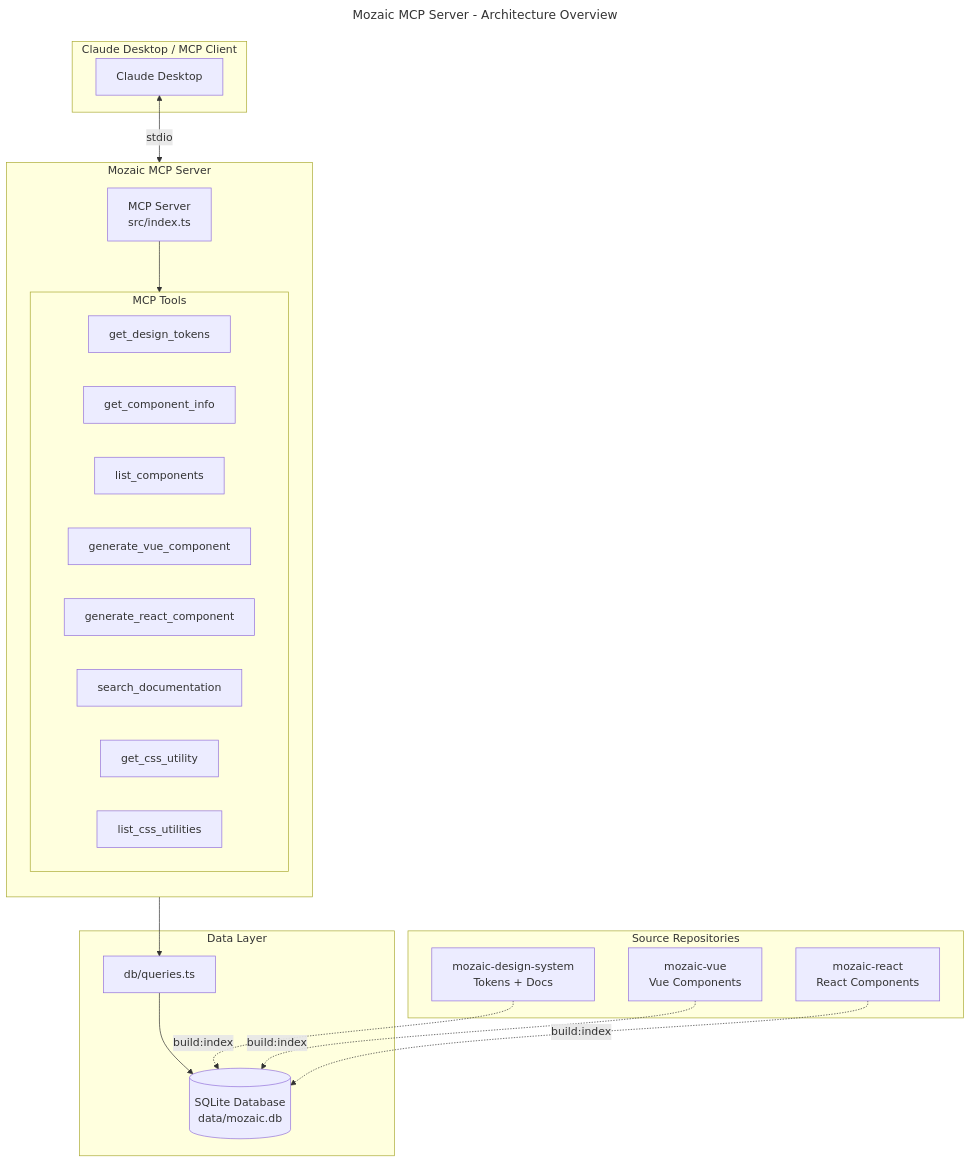
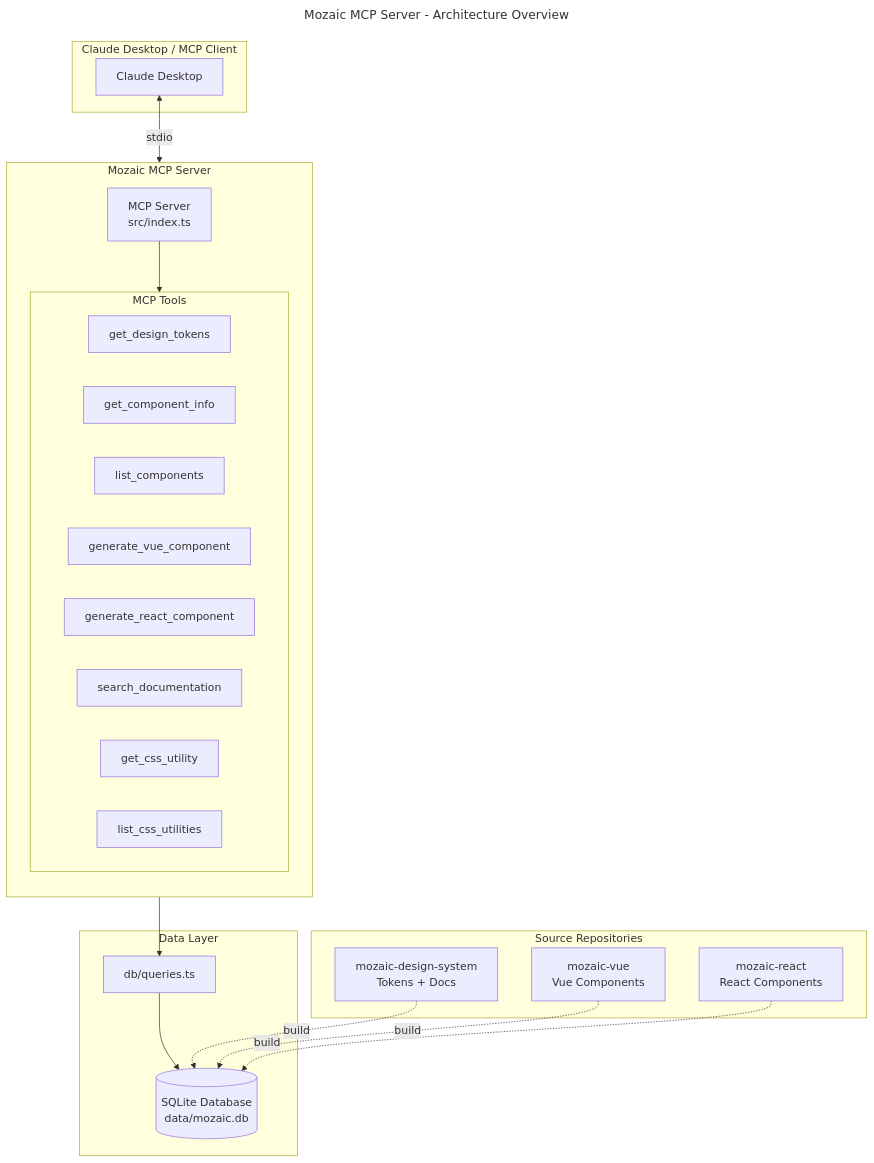
Before and after one commit to MerzoukeMansouri/adeo-mozaic-mcp: the diagram in docs/assets/architecture.mmd, drawn with Mermaid. The commit also changed 8 other files, not shown here.

```diff
--- a/docs/assets/architecture.mmd
+++ b/docs/assets/architecture.mmd
@@ -1,44 +1,44 @@
 ---
 title: Mozaic MCP Server - Architecture Overview
 ---
 flowchart TB
     subgraph Client["Claude Desktop / MCP Client"]
         CD[Claude Desktop]
     end
 
     subgraph MCP["Mozaic MCP Server"]
         direction TB
         Server[MCP Server<br/>src/index.ts]
 
         subgraph Tools["MCP Tools"]
             T1[get_design_tokens]
             T2[get_component_info]
             T3[list_components]
             T4[generate_vue_component]
             T5[generate_react_component]
             T6[search_documentation]
             T7[get_css_utility]
             T8[list_css_utilities]
         end
 
         Server --> Tools
     end
 
     subgraph Data["Data Layer"]
         DB[(SQLite Database<br/>data/mozaic.db)]
         Queries[db/queries.ts]
     end
 
     subgraph Sources["Source Repositories"]
         DS[mozaic-design-system<br/>Tokens + Docs]
         VUE[mozaic-vue<br/>Vue Components]
         REACT[mozaic-react<br/>React Components]
     end
 
     CD <-->|stdio| Server
     Tools --> Queries
     Queries --> DB
 
-    DS -.->|build:index| DB
-    VUE -.->|build:index| DB
-    REACT -.->|build:index| DB
+    DS -.->|build| DB
+    VUE -.->|build| DB
+    REACT -.->|build| DB
```
